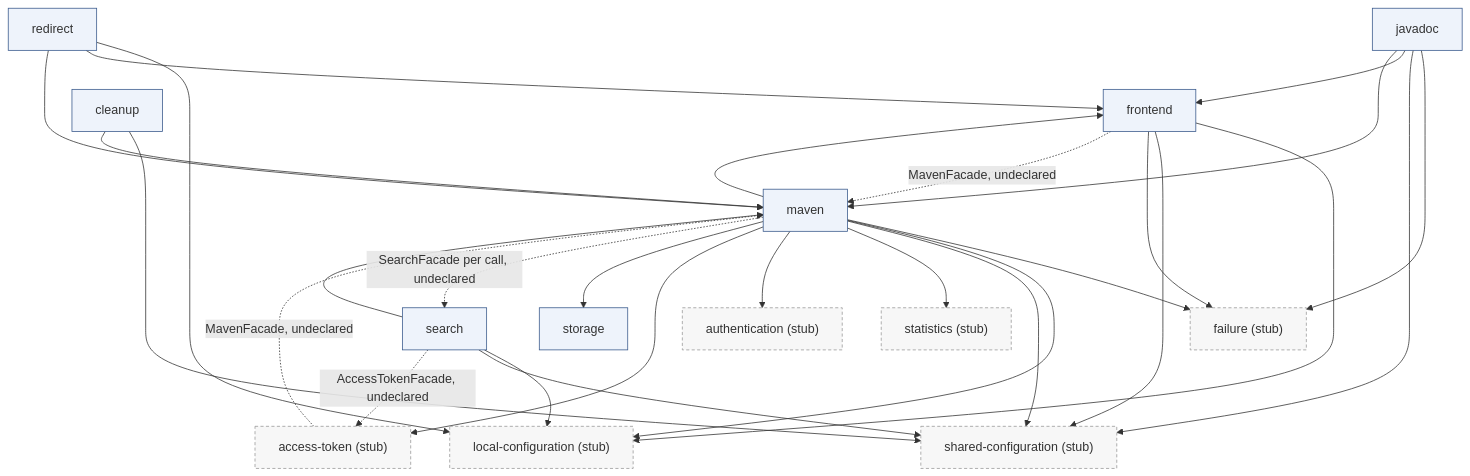
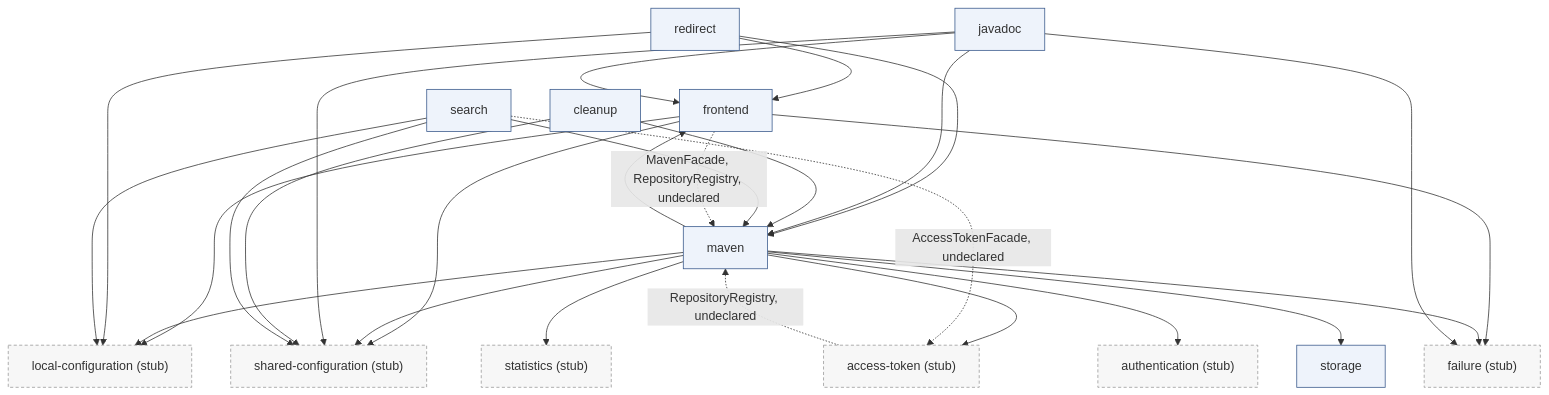
One commit to OneLiteFeatherNET/ingot changed the third of 6 diagrams in docs/gitbook/explanation/backend-architecture.md. Above: the diagram before and after it, drawn with Mermaid. The commit also changed other lines of this file and 2 other files, not shown here.

First line of the commit message:
docs(maven): describe the repository registry and the sink package

````diff
--- a/docs/gitbook/explanation/backend-architecture.md
+++ b/docs/gitbook/explanation/backend-architecture.md
@@ -155,47 +156,46 @@
 ```mermaid
 flowchart TB
   storage["storage"]
   frontend["frontend"]
   maven["maven"]
   redirect["redirect"]
   javadoc["javadoc"]
   cleanup["cleanup"]
   search["search"]
   failure["failure (stub)"]
   local-configuration["local-configuration (stub)"]
   shared-configuration["shared-configuration (stub)"]
   access-token["access-token (stub)"]
   authentication["authentication (stub)"]
   statistics["statistics (stub)"]
   frontend --> local-configuration
   frontend --> shared-configuration
   frontend --> failure
   maven --> failure
   maven --> local-configuration
   maven --> shared-configuration
   maven --> statistics
   maven --> frontend
   maven --> authentication
   maven --> access-token
   maven --> storage
   redirect --> local-configuration
   redirect --> frontend
   redirect --> maven
   javadoc --> failure
   javadoc --> shared-configuration
   javadoc --> frontend
   javadoc --> maven
   cleanup --> shared-configuration
   cleanup --> maven
   search --> local-configuration
   search --> shared-configuration
   search --> maven
-  frontend -.->|"MavenFacade, undeclared"| maven
-  access-token -.->|"MavenFacade, undeclared"| maven
+  frontend -.->|"MavenFacade, RepositoryRegistry, undeclared"| maven
+  access-token -.->|"RepositoryRegistry, undeclared"| maven
   search -.->|"AccessTokenFacade, undeclared"| access-token
-  maven -.->|"SearchFacade per call, undeclared"| search
   classDef plugin fill:#eef3fb,stroke:#3a5a8c
   classDef stub fill:#f7f7f7,stroke:#999,stroke-dasharray: 4 3
   class storage,frontend,maven,redirect,javadoc,cleanup,search plugin
   class failure,local-configuration,shared-configuration,access-token,authentication,statistics stub
 ```
````
